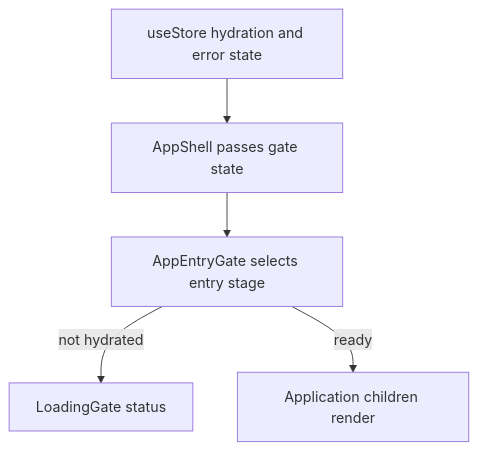
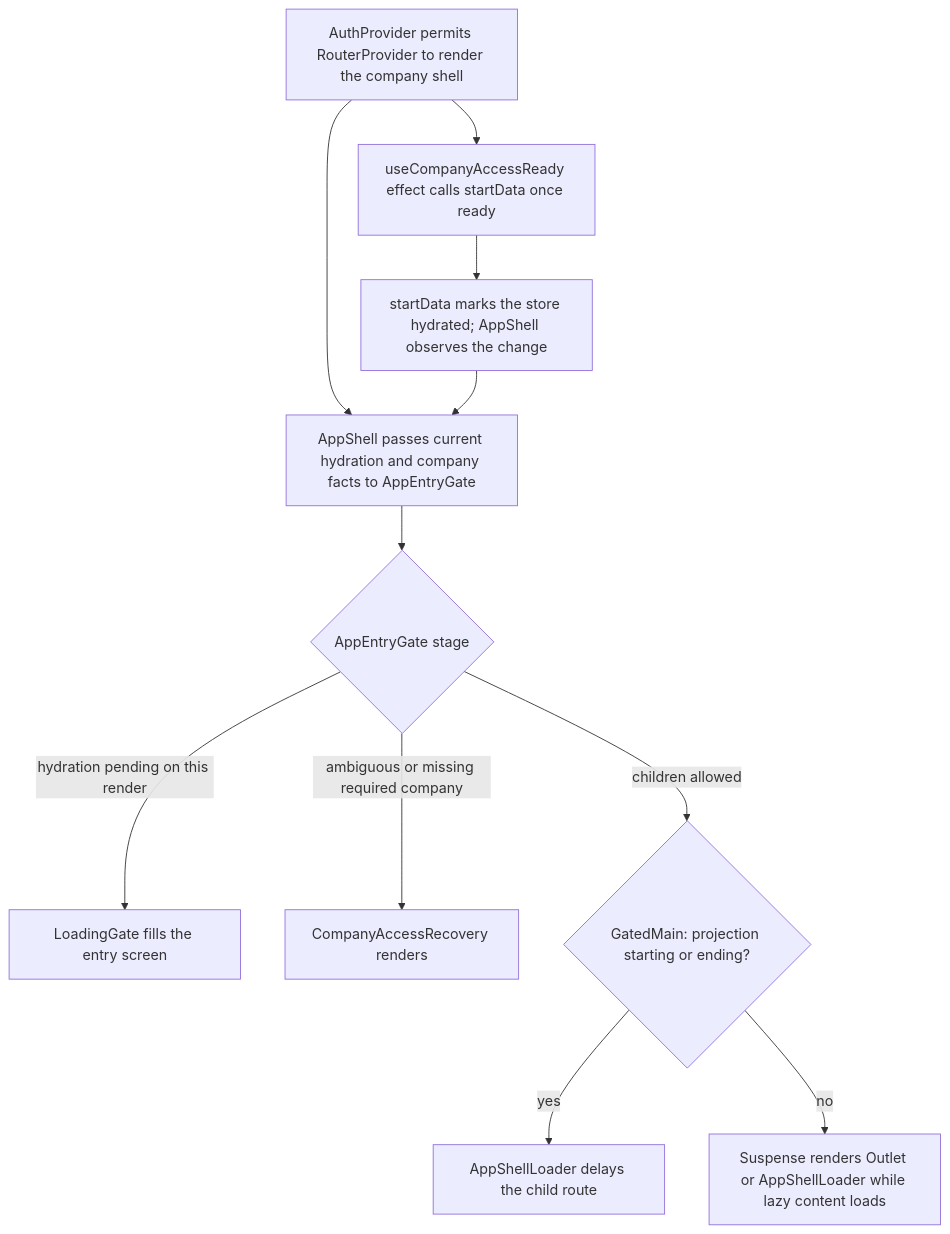
Before and after one commit to Kevinjohn/capacitylens: the second of 2 diagrams in user-stories/navigation/US-NAV-03-loading-gate.md, drawn with Mermaid. The commit also changed other lines of this file and 172 other files, not shown here.

Commit message:
docs: reconcile user story code flows with source

````diff
--- a/user-stories/navigation/US-NAV-03-loading-gate.md
+++ b/user-stories/navigation/US-NAV-03-loading-gate.md
@@ -36,7 +38,13 @@
 ```mermaid
 flowchart TD
-  store["useStore hydration and error state"] --> shell["AppShell passes gate state"]
-  shell --> gate["AppEntryGate selects entry stage"]
-  gate -->|not hydrated| loading["LoadingGate status"]
-  gate -->|ready| children["Application children render"]
+  auth["AuthProvider permits RouterProvider to render the company shell"] --> facts["AppShell passes current hydration and company facts to AppEntryGate"]
+  auth --> effect["useCompanyAccessReady effect calls startData once ready"]
+  effect --> state["startData marks the store hydrated; AppShell observes the change"]
+  state --> facts
+  facts --> gate{"AppEntryGate stage"}
+  gate -->|hydration pending on this render| loading["LoadingGate fills the entry screen"]
+  gate -->|ambiguous or missing required company| recovery["CompanyAccessRecovery renders"]
+  gate -->|children allowed| main{"GatedMain: projection starting or ending?"}
+  main -->|yes| loader["AppShellLoader delays the child route"]
+  main -->|no| outlet["Suspense renders Outlet or AppShellLoader while lazy content loads"]
 ```
````
